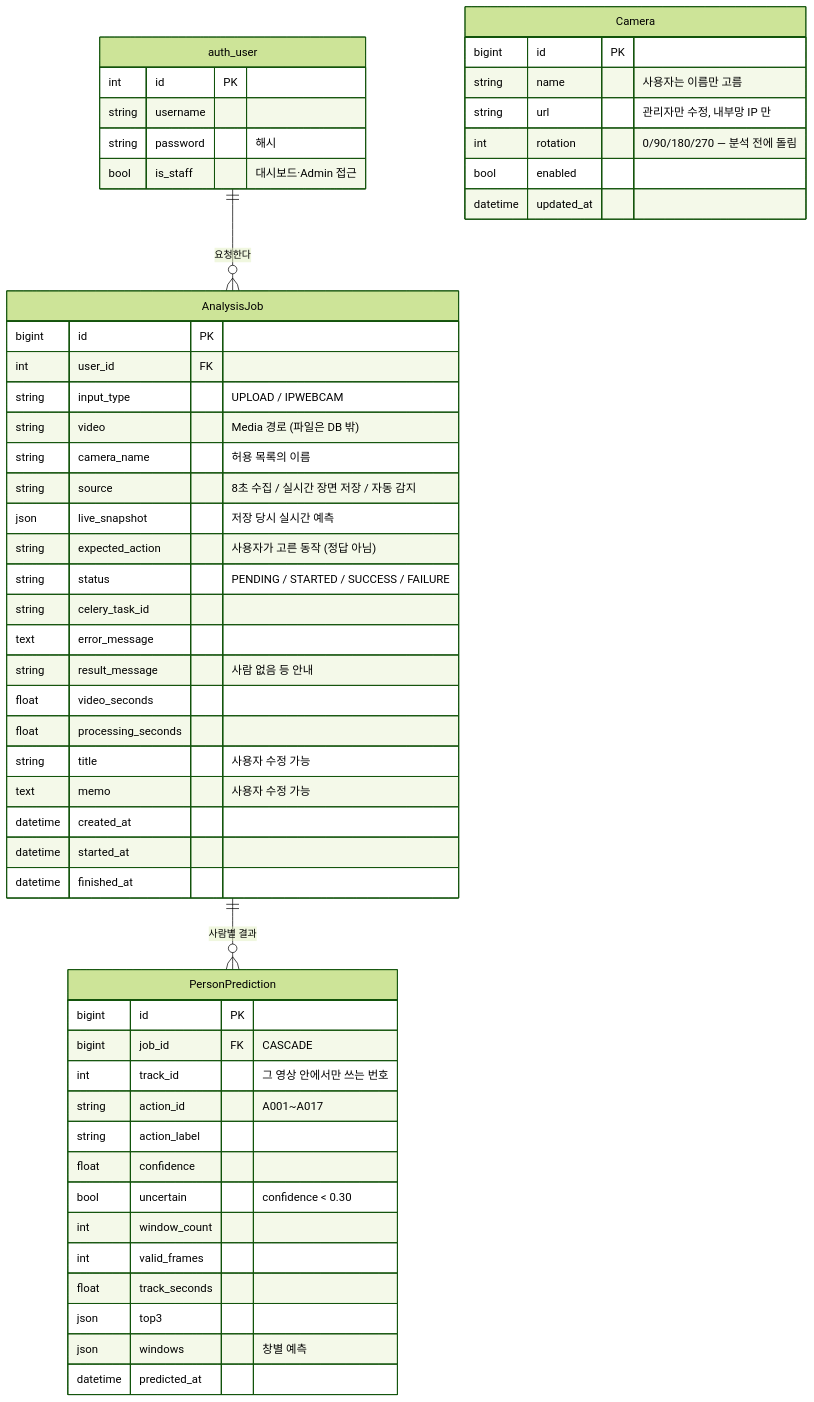
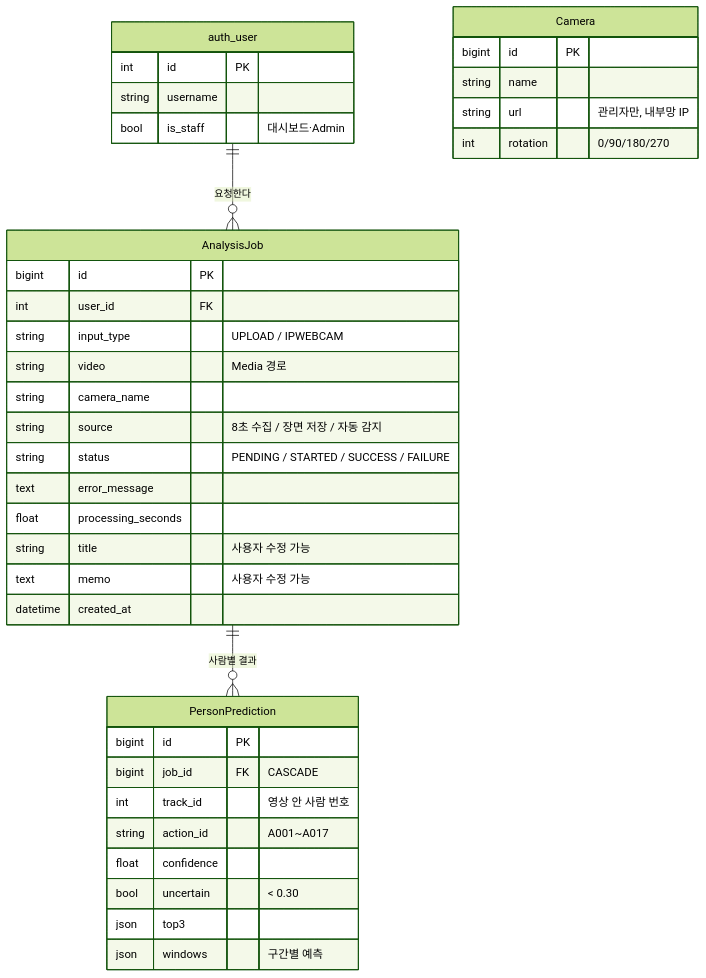
One commit to wlgptjd333/store-anomaly-service changed the third of 5 diagrams in README.md. Above: the diagram before and after it, drawn with Mermaid (forest theme). The commit also changed other lines of this file and 32 other files, not shown here.

````diff
--- a/README.md
+++ b/README.md
@@ -140,56 +114,40 @@
 ```mermaid
 erDiagram
     auth_user ||--o{ AnalysisJob : "요청한다"
     AnalysisJob ||--o{ PersonPrediction : "사람별 결과"
-
     auth_user {
         int id PK
         string username
-        string password "해시"
-        bool is_staff "대시보드·Admin 접근"
+        bool is_staff "대시보드·Admin"
     }
     AnalysisJob {
         bigint id PK
         int user_id FK
         string input_type "UPLOAD / IPWEBCAM"
-        string video "Media 경로 (파일은 DB 밖)"
-        string camera_name "허용 목록의 이름"
-        string source "8초 수집 / 실시간 장면 저장 / 자동 감지"
-        json live_snapshot "저장 당시 실시간 예측"
-        string expected_action "사용자가 고른 동작 (정답 아님)"
+        string video "Media 경로"
+        string camera_name
+        string source "8초 수집 / 장면 저장 / 자동 감지"
         string status "PENDING / STARTED / SUCCESS / FAILURE"
-        string celery_task_id
         text error_message
-        string result_message "사람 없음 등 안내"
-        float video_seconds
         float processing_seconds
         string title "사용자 수정 가능"
         text memo "사용자 수정 가능"
         datetime created_at
-        datetime started_at
-        datetime finished_at
     }
     PersonPrediction {
         bigint id PK
         bigint job_id FK "CASCADE"
-        int track_id "그 영상 안에서만 쓰는 번호"
+        int track_id "영상 안 사람 번호"
         string action_id "A001~A017"
-        string action_label
         float confidence
-        bool uncertain "confidence < 0.30"
-        int window_count
-        int valid_frames
-        float track_seconds
+        bool uncertain "< 0.30"
         json top3
-        json windows "창별 예측"
-        datetime predicted_at
+        json windows "구간별 예측"
     }
     Camera {
         bigint id PK
-        string name "사용자는 이름만 고름"
-        string url "관리자만 수정, 내부망 IP 만"
-        int rotation "0/90/180/270 — 분석 전에 돌림"
-        bool enabled
-        datetime updated_at
+        string name
+        string url "관리자만, 내부망 IP"
+        int rotation "0/90/180/270"
     }
 ```
````
